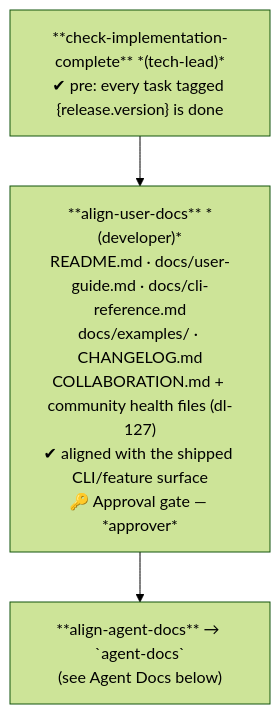
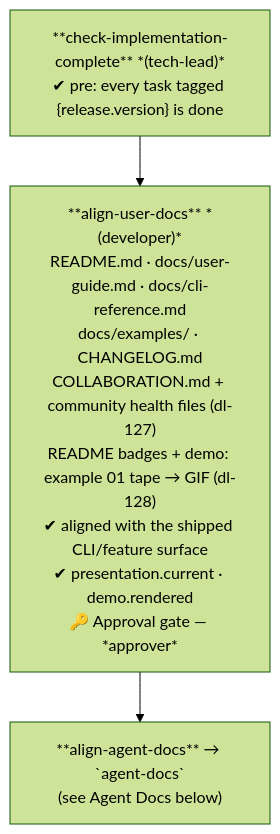
Before and after one commit to wingfoil/wingfoil: diagram 11 of 28 in .wingfoil/WORKFLOW.md, drawn with Mermaid (forest theme). The commit also changed 7 other files, not shown here.

First line of the commit message:
feat(docs): task-224 — README badges and the demo tape that drives example 01; align-user-docs produces and checks them

````diff
--- a/.wingfoil/WORKFLOW.md
+++ b/.wingfoil/WORKFLOW.md
@@ -310,8 +310,8 @@
 ```mermaid
 flowchart TD
     CI["**check-implementation-complete** *(tech-lead)*\n✔ pre: every task tagged {release.version} is done"]
-    AU["**align-user-docs** *(developer)*\nREADME.md · docs/user-guide.md · docs/cli-reference.md\ndocs/examples/ · CHANGELOG.md\nCOLLABORATION.md + community health files (dl-127)\n✔ aligned with the shipped CLI/feature surface\n🔑 Approval gate — *approver*"]
+    AU["**align-user-docs** *(developer)*\nREADME.md · docs/user-guide.md · docs/cli-reference.md\ndocs/examples/ · CHANGELOG.md\nCOLLABORATION.md + community health files (dl-127)\nREADME badges + demo: example 01 tape → GIF (dl-128)\n✔ aligned with the shipped CLI/feature surface\n✔ presentation.current · demo.rendered\n🔑 Approval gate — *approver*"]
     AA["**align-agent-docs** → `agent-docs`\n(see Agent Docs below)"]
 
     CI --> AU --> AA
 ```
````
